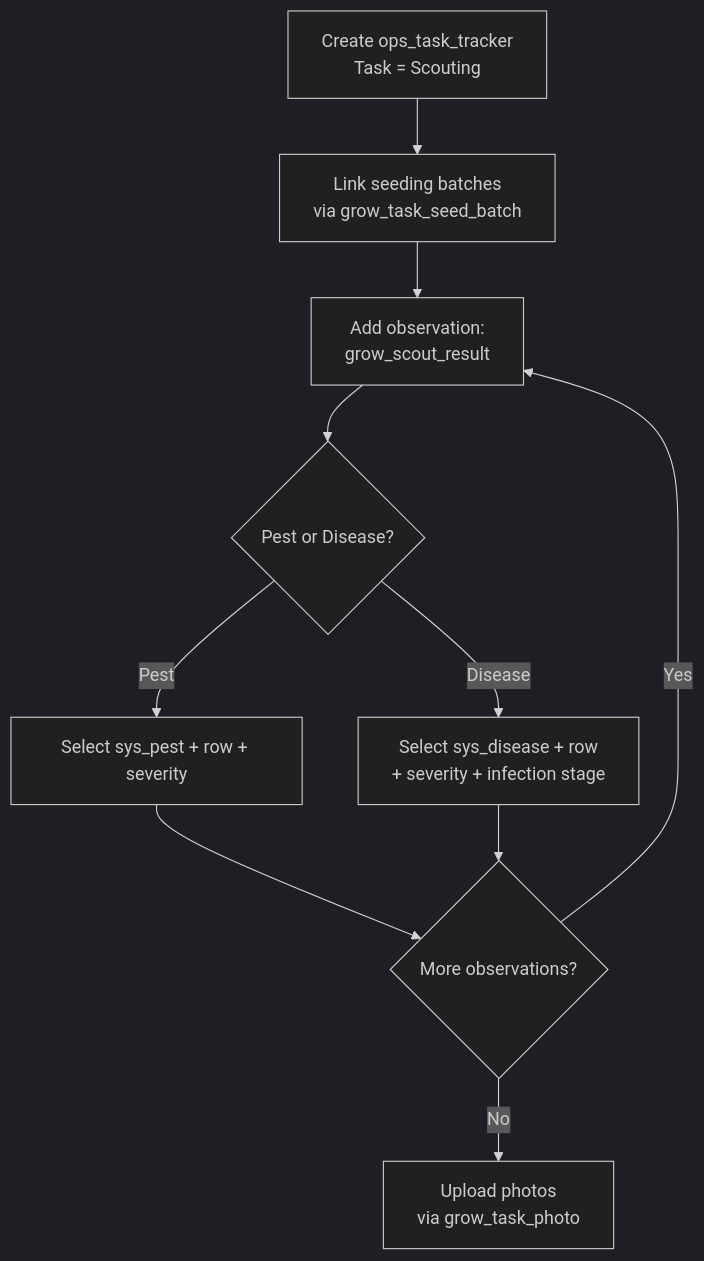
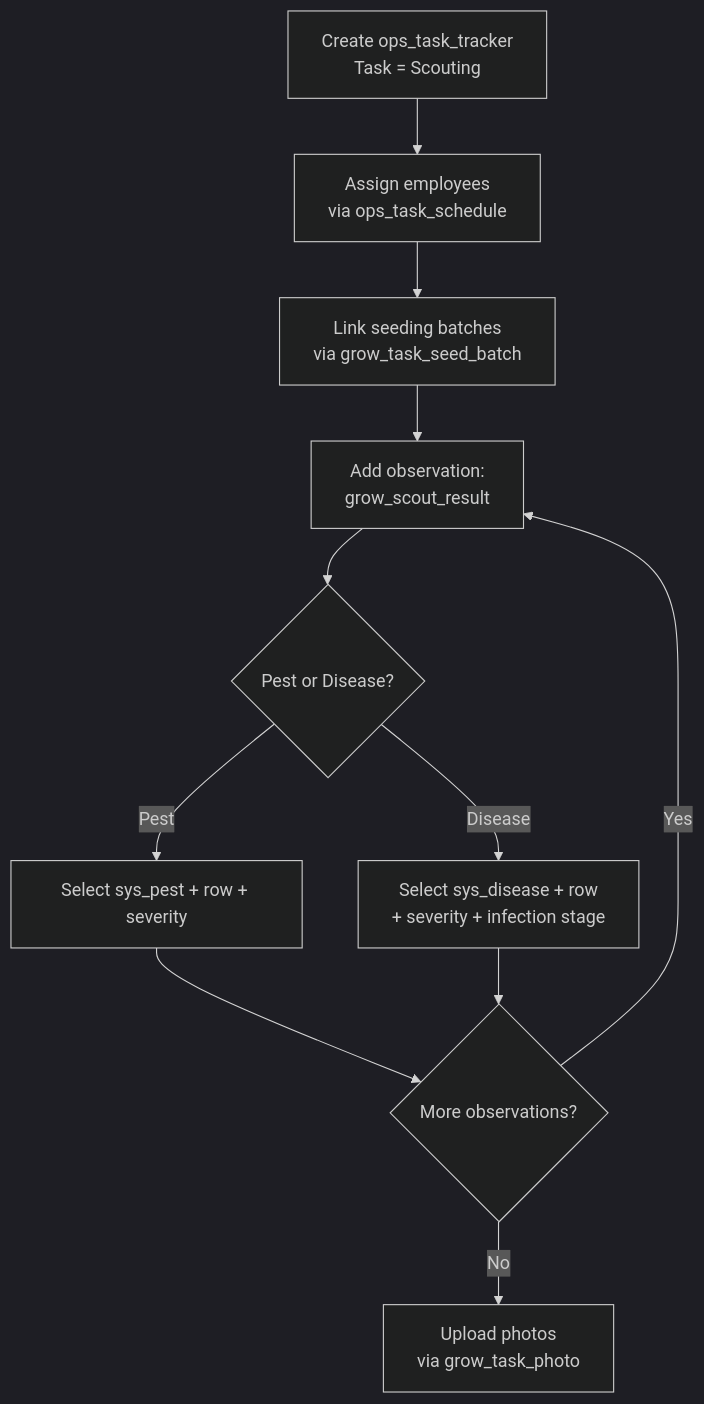
One commit to Hawaii-Farming/aloha-app changed the diagram in docs/processes/20260327_05_grow_scouting_workflow.md. Above: the diagram before and after it, drawn with Mermaid (dark theme). The commit also changed other lines of this file and 8 other files, not shown here.

````diff
--- a/docs/processes/20260327_05_grow_scouting_workflow.md
+++ b/docs/processes/20260327_05_grow_scouting_workflow.md
@@ -50,12 +52,13 @@
 ```mermaid
 flowchart TD
-    A[Create ops_task_tracker\nTask = Scouting] --> B[Link seeding batches\nvia grow_task_seed_batch]
+    A[Create ops_task_tracker\nTask = Scouting] --> A1[Assign employees\nvia ops_task_schedule]
+    A1 --> B[Link seeding batches\nvia grow_task_seed_batch]
     B --> C[Add observation:\ngrow_scout_result]
     C --> D{Pest or Disease?}
     D -->|Pest| E[Select sys_pest + row + severity]
     D -->|Disease| F[Select sys_disease + row\n+ severity + infection stage]
     E --> G{More observations?}
     F --> G
     G -->|Yes| C
     G -->|No| H[Upload photos\nvia grow_task_photo]
 ```
````
